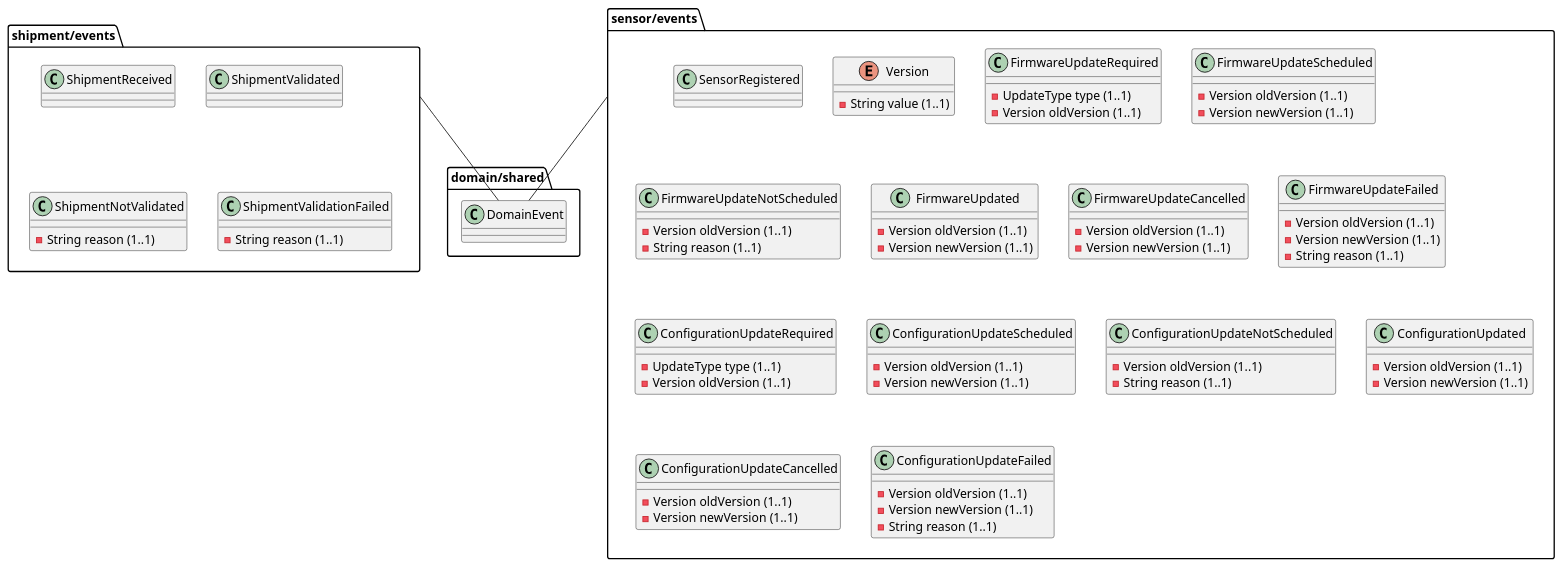
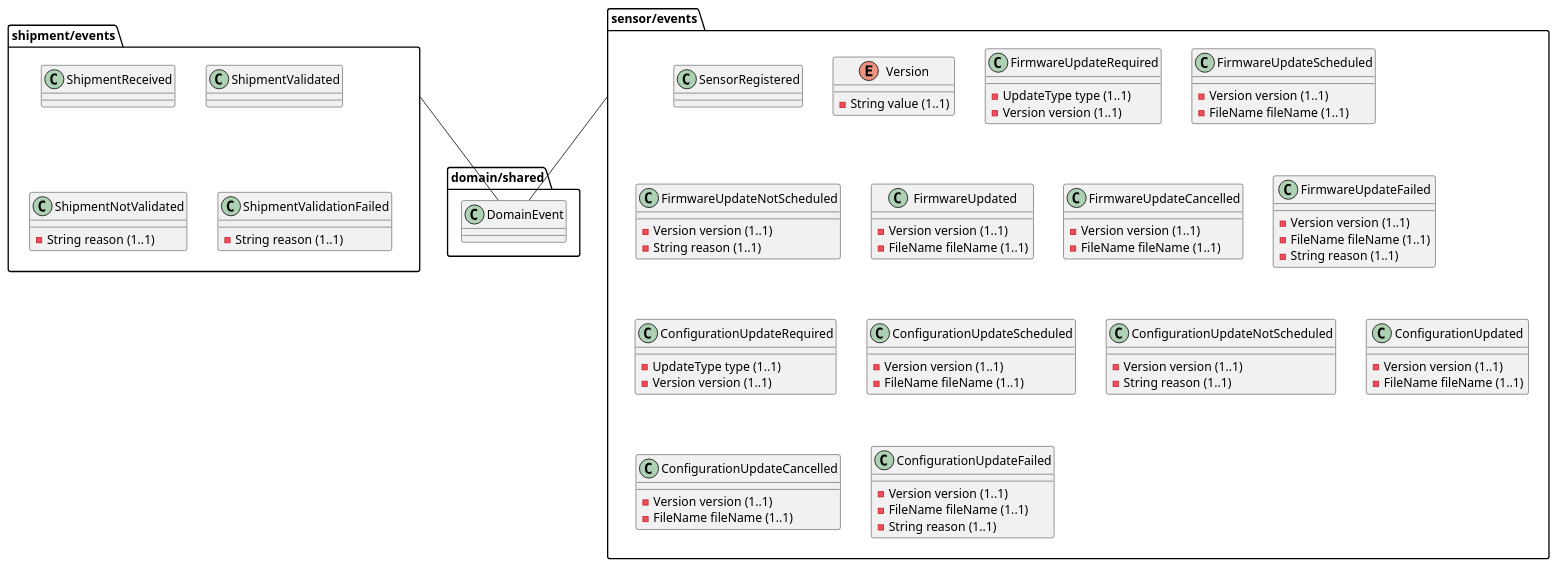
The diagram in docs/diagrams/DomainEvents.puml (AboutCodingBE/validation-excercise), drawn with PlantUML before and after one commit. The commit also changed 12 other files, not shown here.

```diff
--- a/docs/diagrams/DomainEvents.puml
+++ b/docs/diagrams/DomainEvents.puml
@@ -1,96 +1,96 @@
 @startuml
 
 package domain/shared as ds {
   class DomainEvent
 }
 
 package shipment/events as she {
   class ShipmentReceived {
   }
 
   class ShipmentValidated {
   }
 
   class ShipmentNotValidated {
     -String reason (1..1)
   }
 
   class ShipmentValidationFailed {
     -String reason (1..1)
   }
 }
 
 package sensor/events as see {
   class SensorRegistered {}
 
   enum Version {
     -String value (1..1)
   }
 
   class FirmwareUpdateRequired {
     -UpdateType type (1..1)
-    -Version oldVersion (1..1)
+    -Version version (1..1)
   }
 
   class FirmwareUpdateScheduled {
-    -Version oldVersion (1..1)
-    -Version newVersion (1..1)
+    -Version version (1..1)
+    -FileName fileName (1..1)
   }
 
   class FirmwareUpdateNotScheduled {
-      -Version oldVersion (1..1)
+      -Version version (1..1)
       -String reason (1..1)
     }
 
   class FirmwareUpdated {
-    -Version oldVersion (1..1)
-    -Version newVersion (1..1)
+    -Version version (1..1)
+    -FileName fileName (1..1)
   }
 
   class FirmwareUpdateCancelled {
-    -Version oldVersion (1..1)
-    -Version newVersion (1..1)
+    -Version version (1..1)
+    -FileName fileName (1..1)
   }
 
   class FirmwareUpdateFailed {
-    -Version oldVersion (1..1)
-    -Version newVersion (1..1)
+    -Version version (1..1)
+    -FileName fileName (1..1)
     -String reason (1..1)
   }
   
   class ConfigurationUpdateRequired {
     -UpdateType type (1..1)
-    -Version oldVersion (1..1)
+    -Version version (1..1)
   }
 
   class ConfigurationUpdateScheduled {
-    -Version oldVersion (1..1)
-    -Version newVersion (1..1)
+    -Version version (1..1)
+    -FileName fileName (1..1)
   }
 
   class ConfigurationUpdateNotScheduled {
-    -Version oldVersion (1..1)
+    -Version version (1..1)
     -String reason (1..1)
   }
   
   class ConfigurationUpdated {
-    -Version oldVersion (1..1)
-    -Version newVersion (1..1)
+    -Version version (1..1)
+    -FileName fileName (1..1)
   }
   
   class ConfigurationUpdateCancelled {
-    -Version oldVersion (1..1)
-    -Version newVersion (1..1)
+    -Version version (1..1)
+    -FileName fileName (1..1)
   }
   
   class ConfigurationUpdateFailed {
-    -Version oldVersion (1..1)
-    -Version newVersion (1..1)
+    -Version version (1..1)
+    -FileName fileName (1..1)
     -String reason (1..1)
   }
 }
 
 she -- DomainEvent
 see -- DomainEvent
 
 @enduml
```
